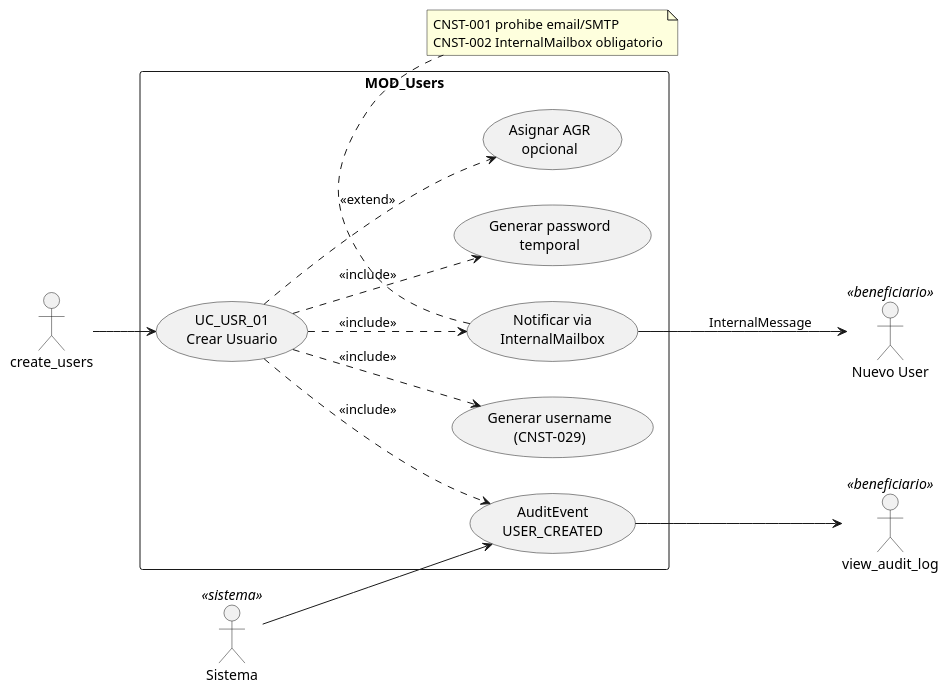
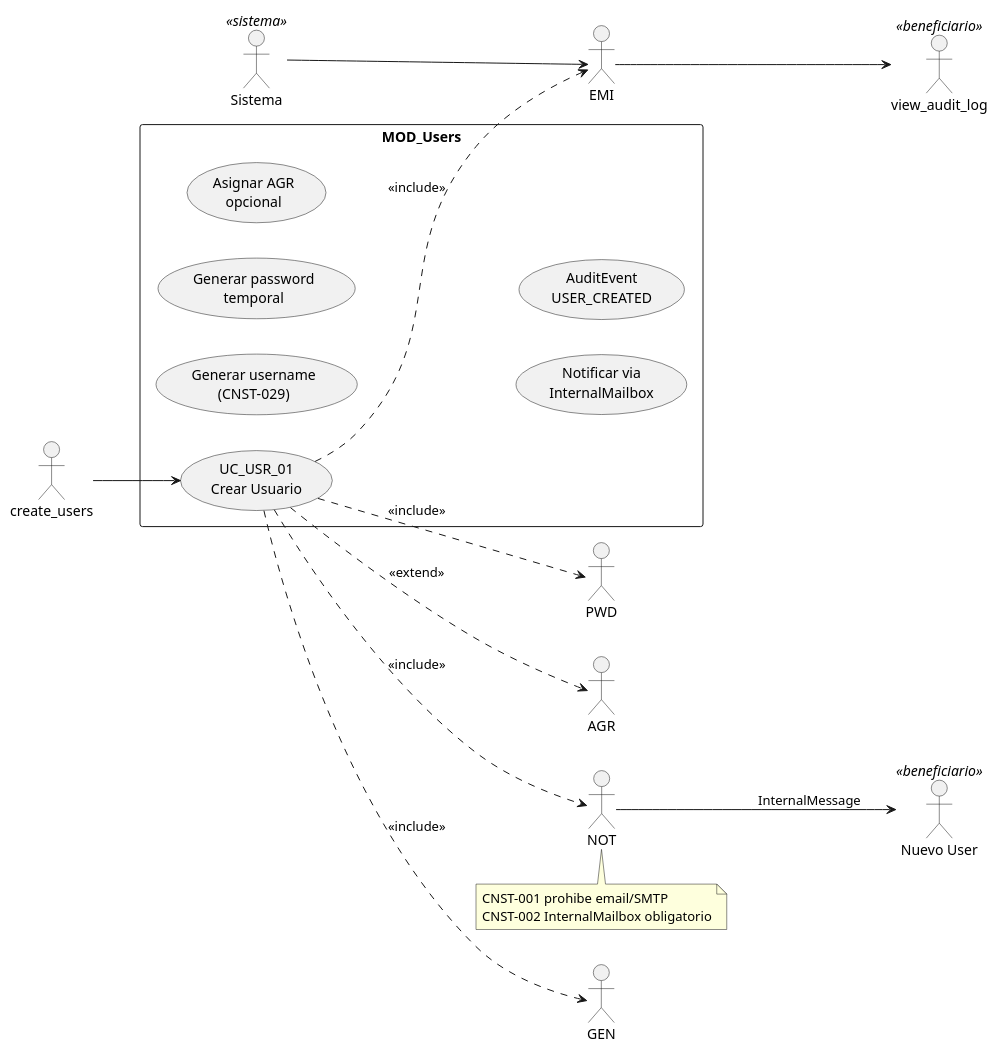
One commit to jcg-admin/IACT-docs changed the diagram in source/requisitos/casos-uso/users/uc-usr-01/diagramas-uml/diagrama-de-caso-de-uso.rst. Above: the diagram before and after it, drawn with PlantUML. The commit also changed 47 other files, not shown here.

First line of the commit message:
Fix cryptic PlantUML aliases in UC and architecture files (STD_011)

```diff
--- a/source/requisitos/casos-uso/users/uc-usr-01/diagramas-uml/diagrama-de-caso-de-uso.rst
+++ b/source/requisitos/casos-uso/users/uc-usr-01/diagramas-uml/diagrama-de-caso-de-uso.rst
@@ -4,37 +4,37 @@
 .. uml::
  :caption: UC_USR_01 — actores y casos asociados
 
  @startuml
 
  left to right direction
 
  actor "create_users" as ADMIN
  actor "Nuevo User" as USER <<beneficiario>>
  actor "view_audit_log" as view_audit_log <<beneficiario>>
  actor "Sistema" as Sistema <<sistema>>
 
  rectangle "MOD_Users" {
    usecase "UC_USR_01\nCrear Usuario" as UC01
-   usecase "Generar username\n(CNST-029)" as GEN
-   usecase "Generar password\ntemporal" as PWD
-   usecase "Asignar AGR\nopcional" as AGR
-   usecase "Notificar via\nInternalMailbox" as NOT
-   usecase "AuditEvent\nUSER_CREATED" as EMI
+   usecase "Generar username\n(CNST-029)" as GenerarDato
+   usecase "Generar password\ntemporal" as GenerarPassword
+   usecase "Asignar AGR\nopcional" as GrupoAcceso
+   usecase "Notificar via\nInternalMailbox" as NotificacionMailbox
+   usecase "AuditEvent\nUSER_CREATED" as AuditEmitter
  }
 
  ADMIN --> UC01
  UC01 ..> GEN : <<include>>
  UC01 ..> PWD : <<include>>
  UC01 ..> AGR : <<extend>>
  UC01 ..> NOT : <<include>>
  UC01 ..> EMI : <<include>>
  NOT --> USER : InternalMessage
  Sistema --> EMI
  EMI --> view_audit_log
 
  note bottom of NOT
    CNST-001 prohibe email/SMTP
    CNST-002 InternalMailbox obligatorio
  end note
 
  @enduml
```
